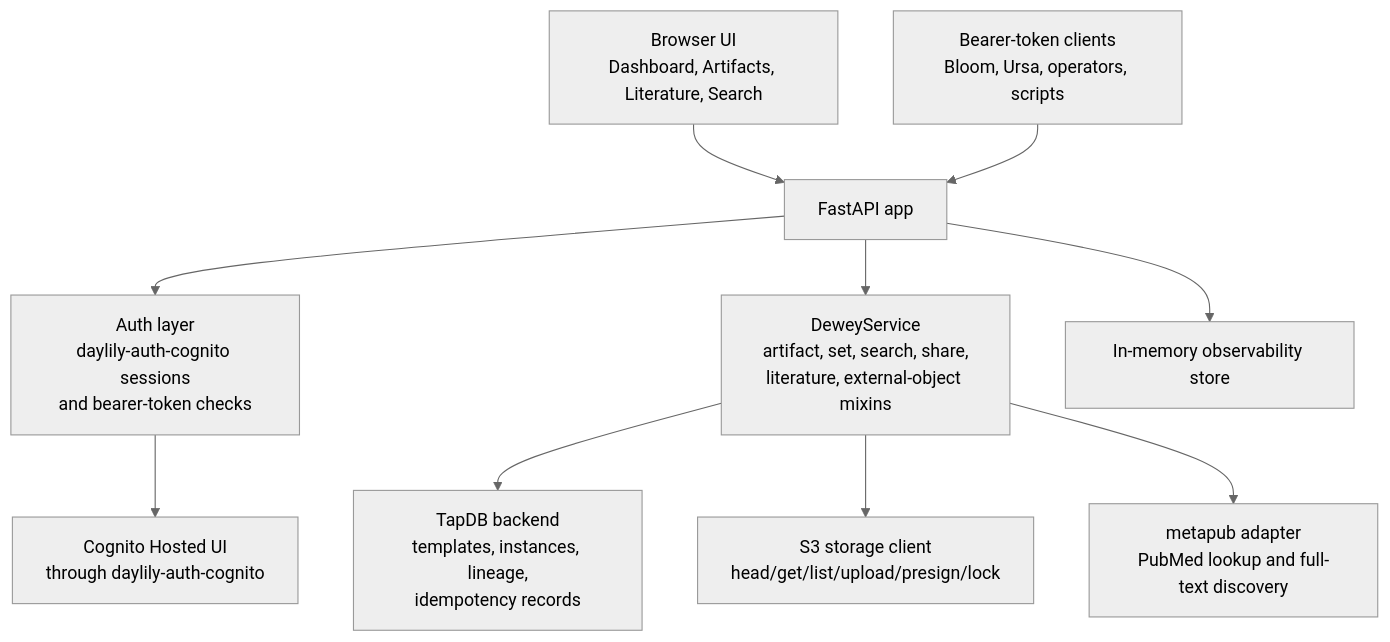
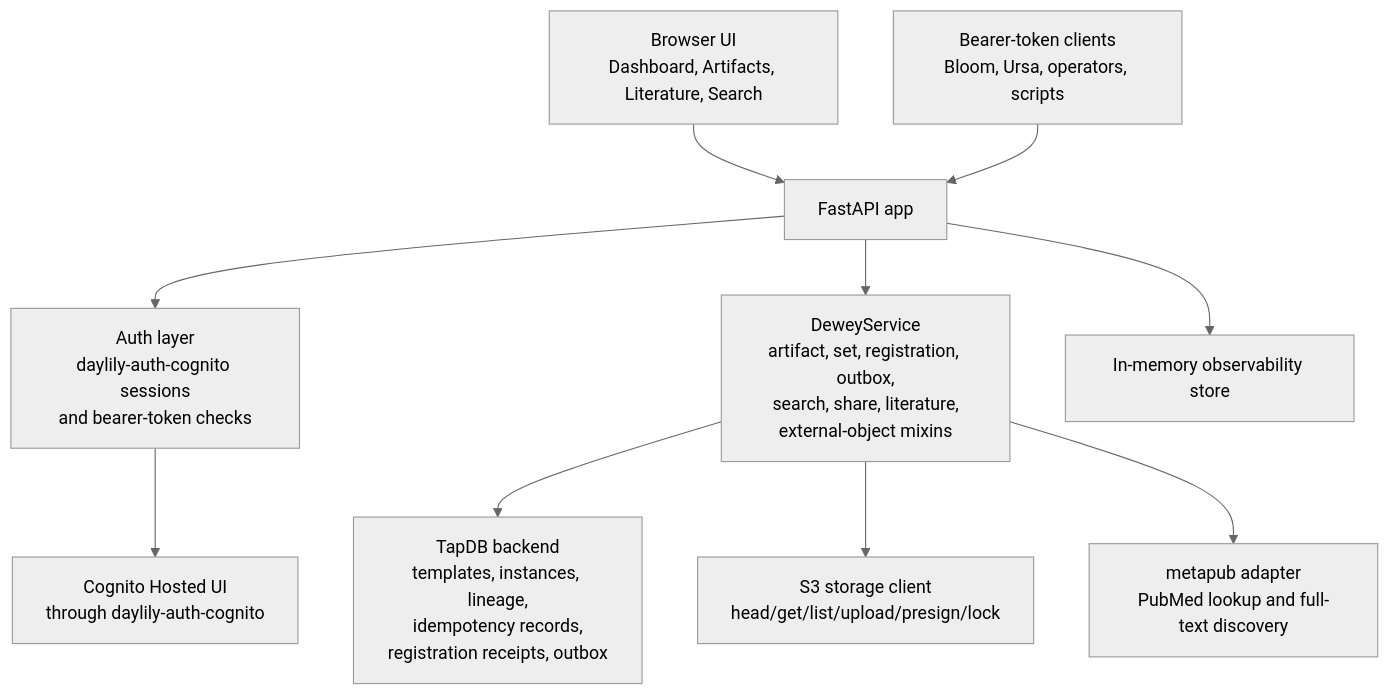
Before and after one commit to Daylily-Informatics/dewey: the diagram in docs/architecture.md, drawn with Mermaid (neutral theme). The commit also changed other lines of this file and 27 other files, not shown here.

Commit message:
Add QEO artifact-set registration

````diff
--- a/docs/architecture.md
+++ b/docs/architecture.md
@@ -103,25 +103,27 @@
 ```mermaid
 flowchart TB
     Browser["Browser UI
 Dashboard, Artifacts, Literature, Search"] --> FastAPI["FastAPI app"]
     ServiceCaller["Bearer-token clients
 Bloom, Ursa, operators, scripts"] --> FastAPI
 
     FastAPI --> Auth["Auth layer
 daylily-auth-cognito sessions
 and bearer-token checks"]
     FastAPI --> Service["DeweyService
-artifact, set, search, share,
-literature, external-object mixins"]
+artifact, set, registration, outbox,
+search, share, literature,
+external-object mixins"]
     FastAPI --> Obs["In-memory observability store"]
 
     Service --> TapDB["TapDB backend
 templates, instances, lineage,
-idempotency records"]
+idempotency records,
+registration receipts, outbox"]
     Service --> S3["S3 storage client
 head/get/list/upload/presign/lock"]
     Service --> Metapub["metapub adapter
 PubMed lookup and full-text discovery"]
     Auth --> Cognito["Cognito Hosted UI
 through daylily-auth-cognito"]
 ```
````
